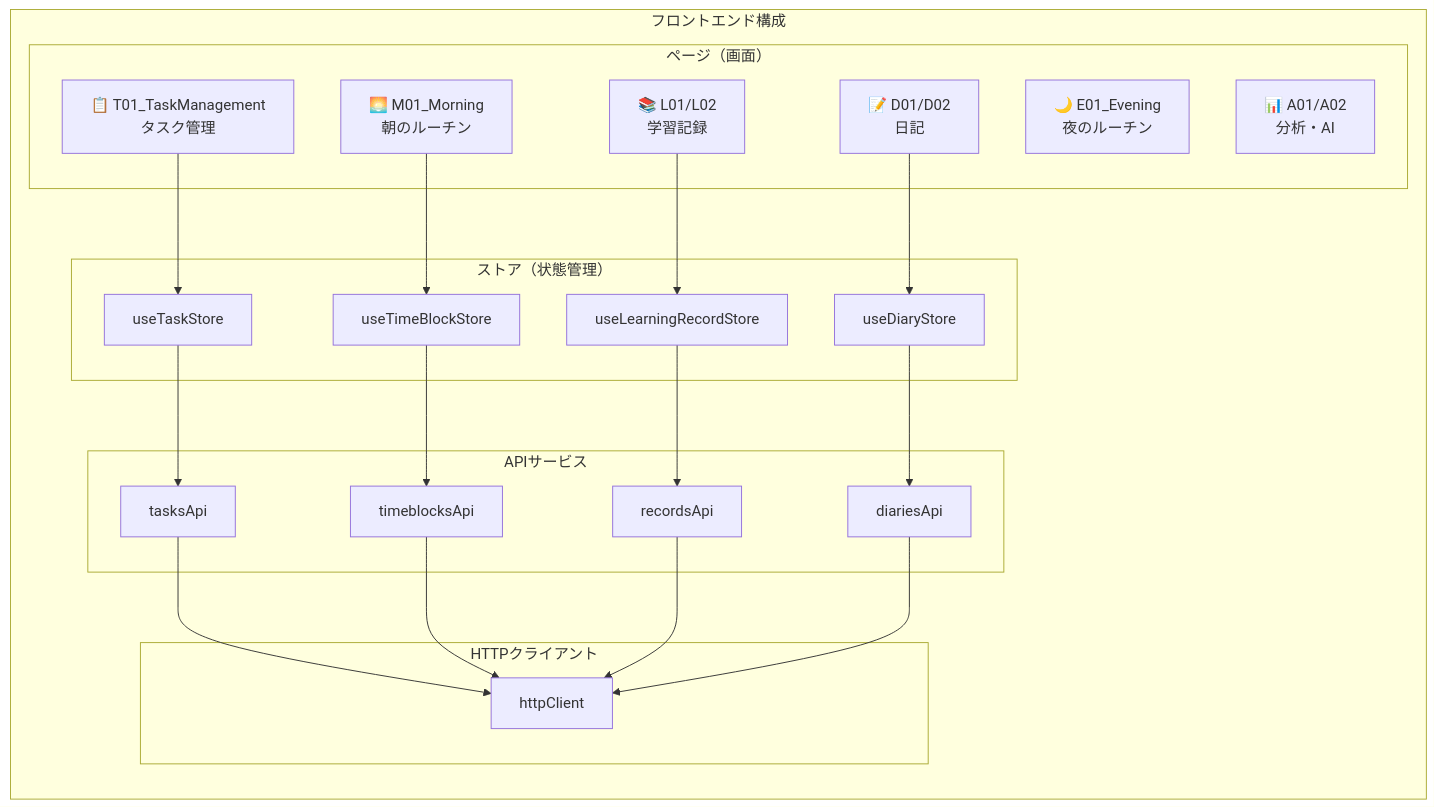
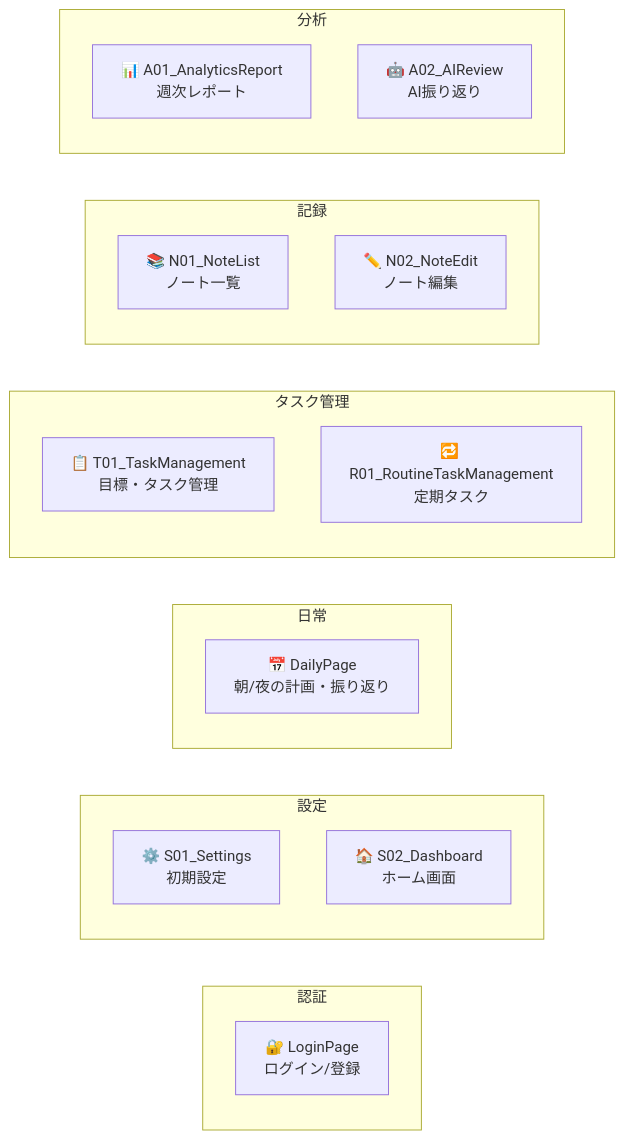
Before and after one commit to yu-min3/kensan: the second of 15 diagrams in mydocs/architecture_guide_for_beginners.md, drawn with Mermaid. The commit also changed other lines of this file and 85 other files, not shown here.

````diff
--- a/mydocs/architecture_guide_for_beginners.md
+++ b/mydocs/architecture_guide_for_beginners.md
@@ -108,46 +118,30 @@
 ```mermaid
 graph LR
-    subgraph "フロントエンド構成"
-        subgraph "ページ（画面）"
-            P1["🌅 M01_Morning<br/>朝のルーチン"]
-            P2["🌙 E01_Evening<br/>夜のルーチン"]
-            P3["📋 T01_TaskManagement<br/>タスク管理"]
-            P4["📚 L01/L02<br/>学習記録"]
-            P5["📝 D01/D02<br/>日記"]
-            P6["📊 A01/A02<br/>分析・AI"]
-        end
-
-        subgraph "ストア（状態管理）"
-            S1["useTaskStore"]
-            S2["useTimeBlockStore"]
-            S3["useLearningRecordStore"]
-            S4["useDiaryStore"]
-        end
-
-        subgraph "APIサービス"
-            A1["tasksApi"]
-            A2["timeblocksApi"]
-            A3["recordsApi"]
-            A4["diariesApi"]
-        end
-
-        subgraph "HTTPクライアント"
-            HC["httpClient"]
-        end
+    subgraph "認証"
+        Login["🔐 LoginPage<br/>ログイン/登録"]
     end
 
-    P1 --> S2
-    P3 --> S1
-    P4 --> S3
-    P5 --> S4
+    subgraph "設定"
+        S01["⚙️ S01_Settings<br/>初期設定"]
+        S02["🏠 S02_Dashboard<br/>ホーム画面"]
+    end
 
-    S1 --> A1
-    S2 --> A2
-    S3 --> A3
-    S4 --> A4
+    subgraph "日常"
+        Daily["📅 DailyPage<br/>朝/夜の計画・振り返り"]
+    end
 
-    A1 --> HC
-    A2 --> HC
-    A3 --> HC
-    A4 --> HC
+    subgraph "タスク管理"
+        T01["📋 T01_TaskManagement<br/>目標・タスク管理"]
+        R01["🔁 R01_RoutineTaskManagement<br/>定期タスク"]
+    end
+
+    subgraph "記録"
+        N01["📚 N01_NoteList<br/>ノート一覧"]
+        N02["✏️ N02_NoteEdit<br/>ノート編集"]
+    end
+
+    subgraph "分析"
+        A01["📊 A01_AnalyticsReport<br/>週次レポート"]
+        A02["🤖 A02_AIReview<br/>AI振り返り"]
+    end
 ```
````
